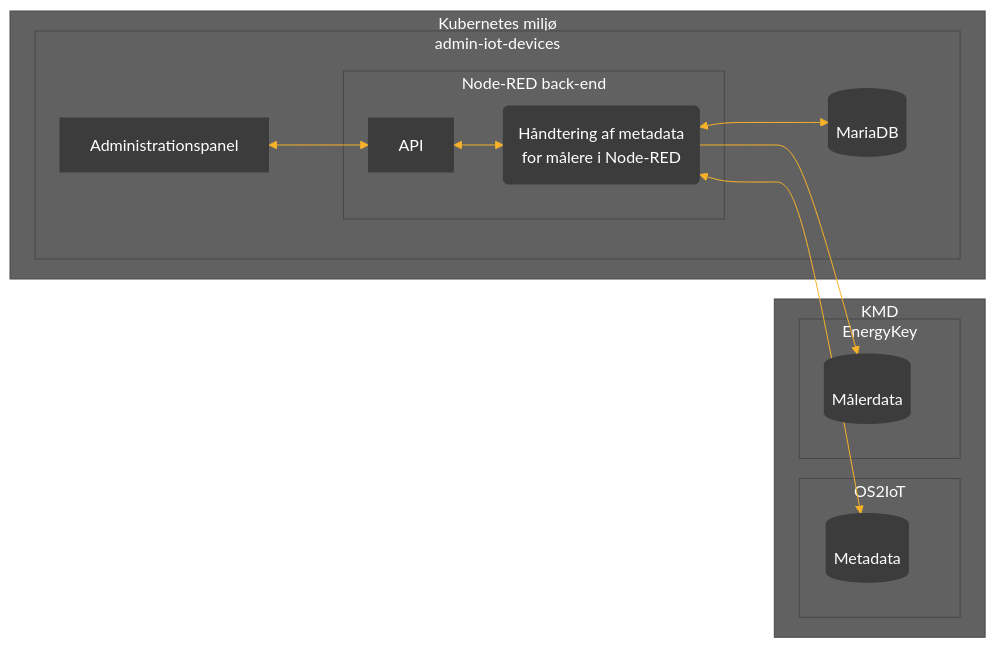
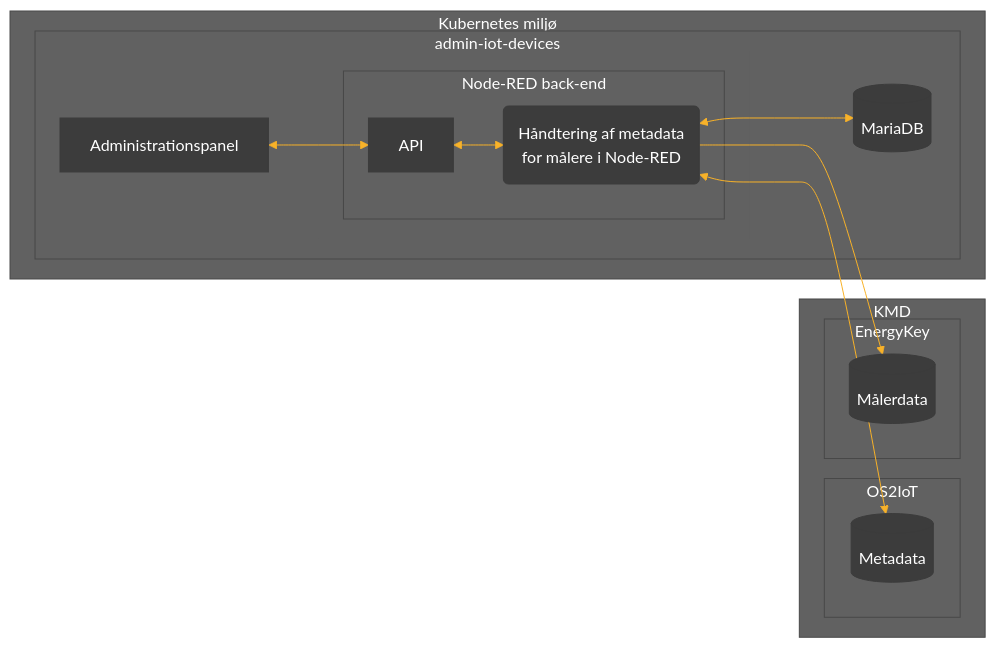
Before and after one commit to Randers-Kommune-Digitalisering/admin-iot-devices: the diagram in README.md, drawn with Mermaid.

````diff
--- a/README.md
+++ b/README.md
@@ -13,57 +13,57 @@
 ```mermaid
 %%{
   init: {
     'theme': 'base',
     'themeVariables': {
       'primaryColor': '#3c3c3c',
       'primaryTextColor': '#fff',
       'primaryBorderColor': '#3c3c3c',
       'lineColor': '#F8B229',
       'secondaryColor': '#616161',
       'tertiaryColor': '#616161',
       'tertiaryTextColor': '#fff'
     }
   }
 }%%
 
 %% Upload af data %%
 flowchart LR
 
 	subgraph G1["Kubernetes miljø"]
 	    subgraph SG2["admin-iot-devices"]
 	    
 	    A["Administrationspanel"] 
 	    
 	        subgraph SG20 [ ]
 	            style SG20 stroke-dasharray: 0 1  
 	            subgraph SG21["Node-RED back-end"]
 
                     M0["API"]
 	            
 	                M1("
 	                Håndtering af metadata
 	                for målere i Node-RED
 	                ")
 	            end
-	            
-				M2[(MariaDB)]
 	        end
+
+		M2[(MariaDB)]
 	    end
 	end
 
 	subgraph G2["KMD"]
 	    subgraph SG3["OS2IoT"]
 	        C[("Metadata")] 
 	    end
 	    
 	    subgraph SG4["EnergyKey"]
 	        D[("Målerdata")] 
 	    end
     end
     
     A<-->M0
     M0<-->M1
     M1<-->M2
 	M1<-->C
 	M1-->D
 ```
````
